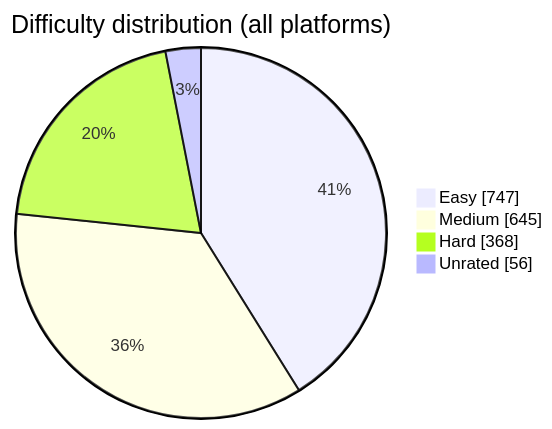
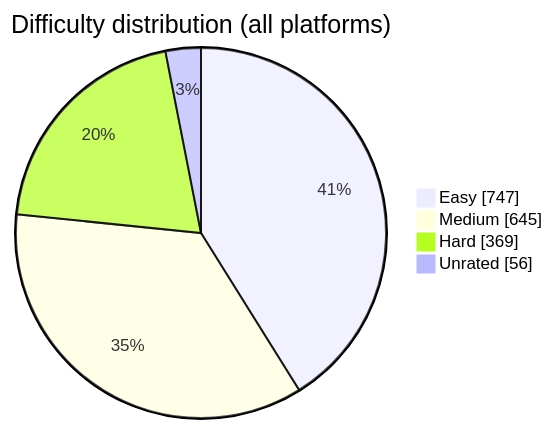
The diagram in README.md (BuildbyArindam/Daily-Coding-Log), drawn with Mermaid before and after one commit. The commit also changed other lines of this file, not shown here.

````diff
--- a/README.md
+++ b/README.md
@@ -108,7 +108,7 @@
 ```mermaid
 pie showData title Difficulty distribution (all platforms)
     "Easy" : 747
     "Medium" : 645
-    "Hard" : 368
+    "Hard" : 369
     "Unrated" : 56
 ```
````
